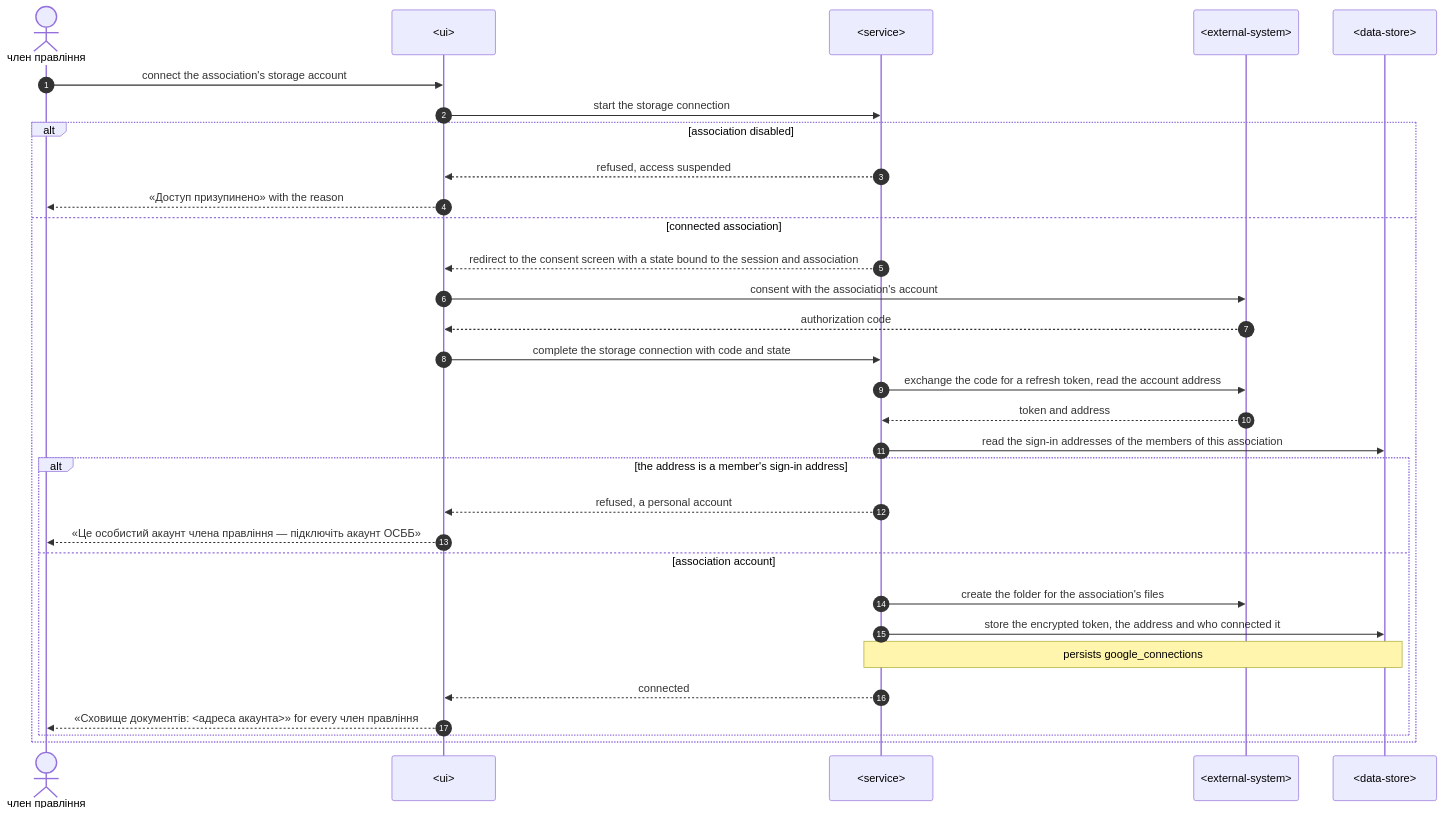
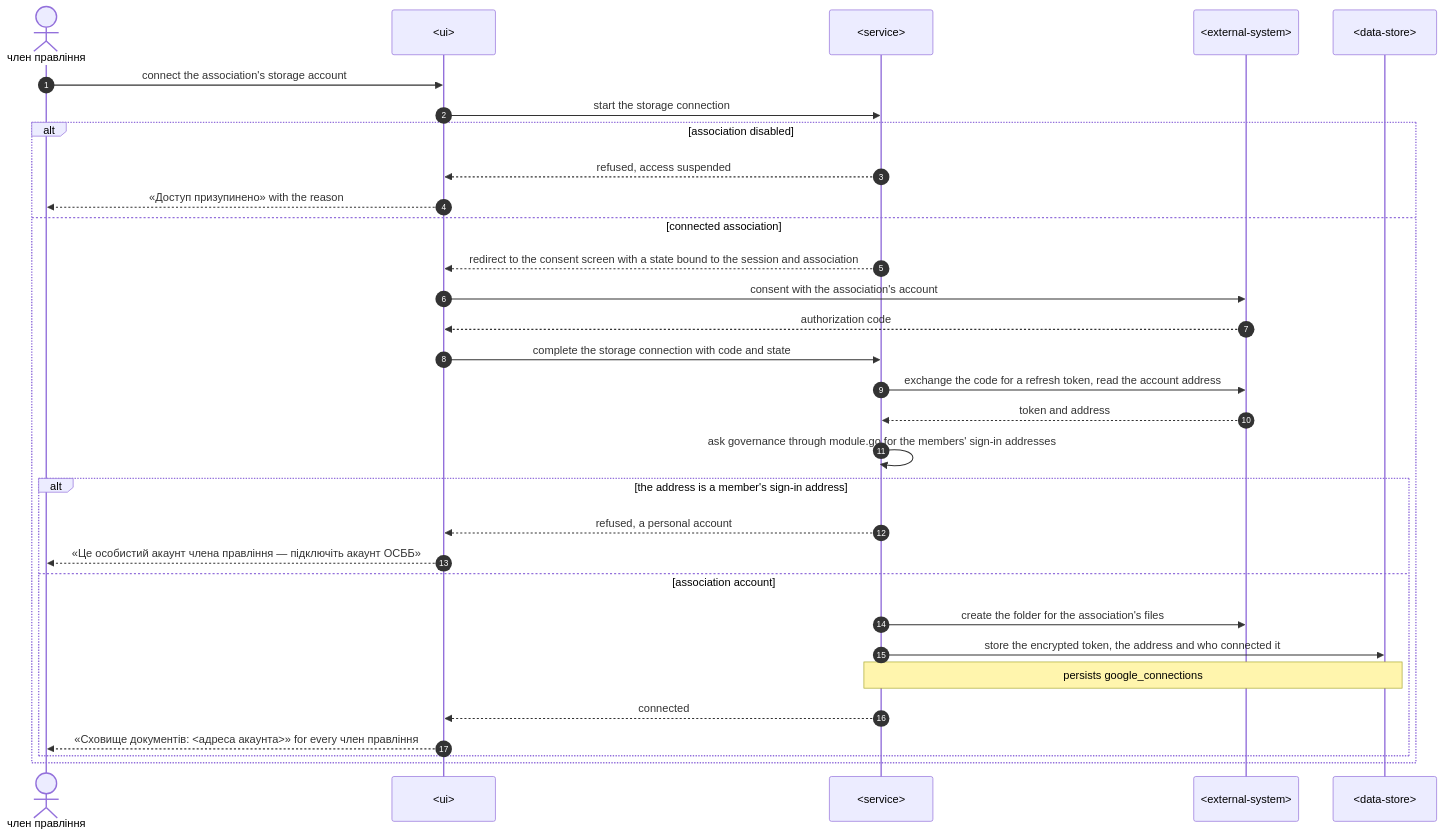
Before and after one commit to AndriiOpryshko/spilno: diagram 12 of 14 in docs/features/association-onboarding/sad.md, drawn with Mermaid. The commit also changed other lines of this file and 2 other files, not shown here.

````diff
--- a/docs/features/association-onboarding/sad.md
+++ b/docs/features/association-onboarding/sad.md
@@ -460,33 +471,33 @@
 ```mermaid
 sequenceDiagram
     autonumber
     actor M as член правління
     participant UI as <ui>
     participant S as <service>
     participant X as <external-system>
     participant D as <data-store>
     M->>UI: connect the association's storage account
     UI->>S: start the storage connection
     alt association disabled
         S-->>UI: refused, access suspended
         UI-->>M: «Доступ призупинено» with the reason
     else connected association
         S-->>UI: redirect to the consent screen with a state bound to the session and association
         UI->>X: consent with the association's account
         X-->>UI: authorization code
         UI->>S: complete the storage connection with code and state
         S->>X: exchange the code for a refresh token, read the account address
         X-->>S: token and address
-        S->>D: read the sign-in addresses of the members of this association
+        S->>S: ask governance through module.go for the members' sign-in addresses
         alt the address is a member's sign-in address
             S-->>UI: refused, a personal account
             UI-->>M: «Це особистий акаунт члена правління — підключіть акаунт ОСББ»
         else association account
             S->>X: create the folder for the association's files
             S->>D: store the encrypted token, the address and who connected it
             Note over S,D: persists google_connections
             S-->>UI: connected
             UI-->>M: «Сховище документів: <адреса акаунта>» for every член правління
         end
     end
 ```
````
